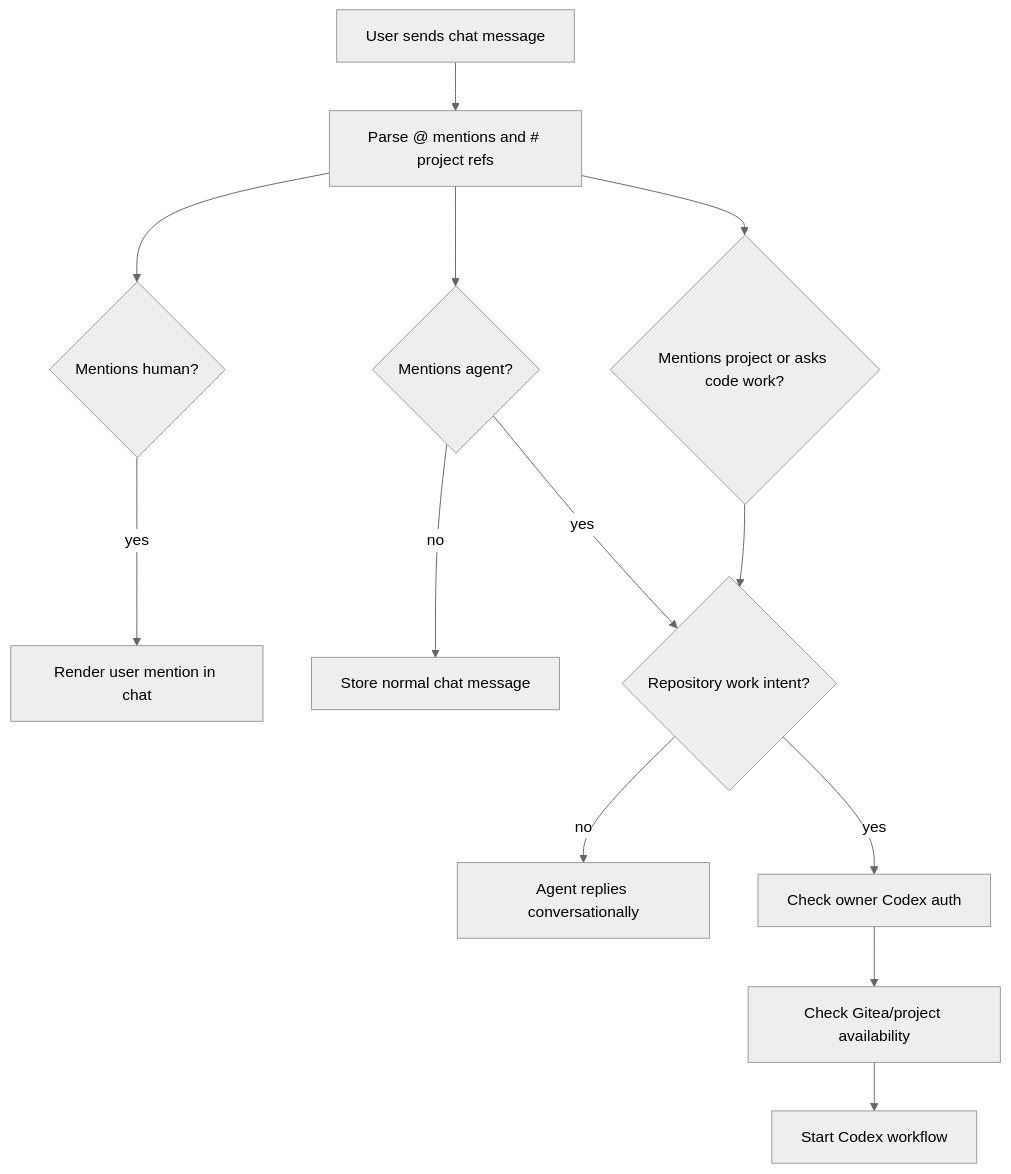
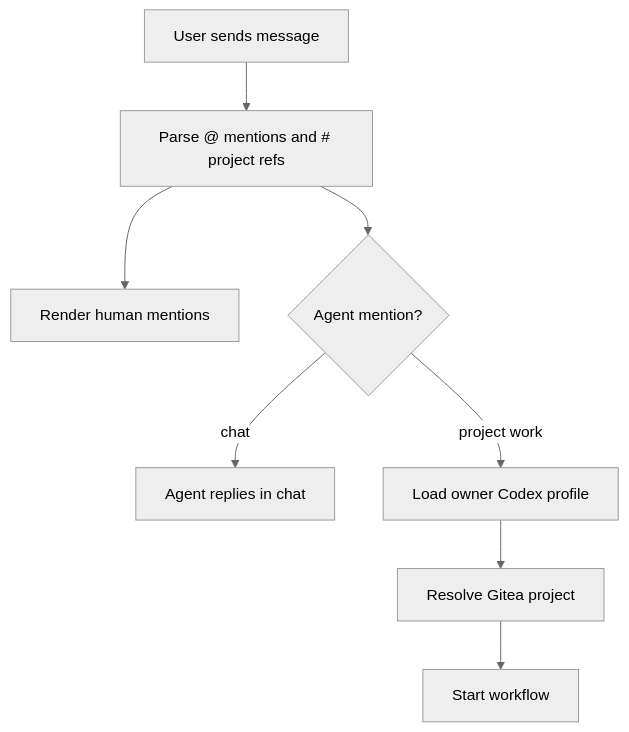
One commit to leonidas1312/group-leveling changed the fifth of 9 diagrams in ARCHITECTURE.md. Above: the diagram before and after it, drawn with Mermaid (neutral theme). The commit also changed other lines of this file and 12 other files, not shown here.

````diff
--- a/ARCHITECTURE.md
+++ b/ARCHITECTURE.md
@@ -185,17 +186,10 @@
 ```mermaid
 flowchart TD
-  Message["User sends chat message"] --> Parse["Parse @ mentions and # project refs"]
-  Parse --> Human{Mentions human?}
-  Parse --> Agent{Mentions agent?}
-  Parse --> Project{Mentions project or asks code work?}
-
-  Human -->|yes| DisplayHuman["Render user mention in chat"]
-  Agent -->|no| StoreOnly["Store normal chat message"]
-  Agent -->|yes| WorkIntent{Repository work intent?}
-  Project --> WorkIntent
-
-  WorkIntent -->|no| LocalReply["Agent replies conversationally"]
-  WorkIntent -->|yes| CheckAuth["Check owner Codex auth"]
-  CheckAuth --> CheckGitea["Check Gitea/project availability"]
-  CheckGitea --> StartWorkflow["Start Codex workflow"]
+  Message["User sends message"] --> Parse["Parse @ mentions and # project refs"]
+  Parse --> UserMention["Render human mentions"]
+  Parse --> AgentMention{Agent mention?}
+  AgentMention -->|chat| Conversational["Agent replies in chat"]
+  AgentMention -->|project work| Auth["Load owner Codex profile"]
+  Auth --> Gitea["Resolve Gitea project"]
+  Gitea --> Workflow["Start workflow"]
 ```
````
